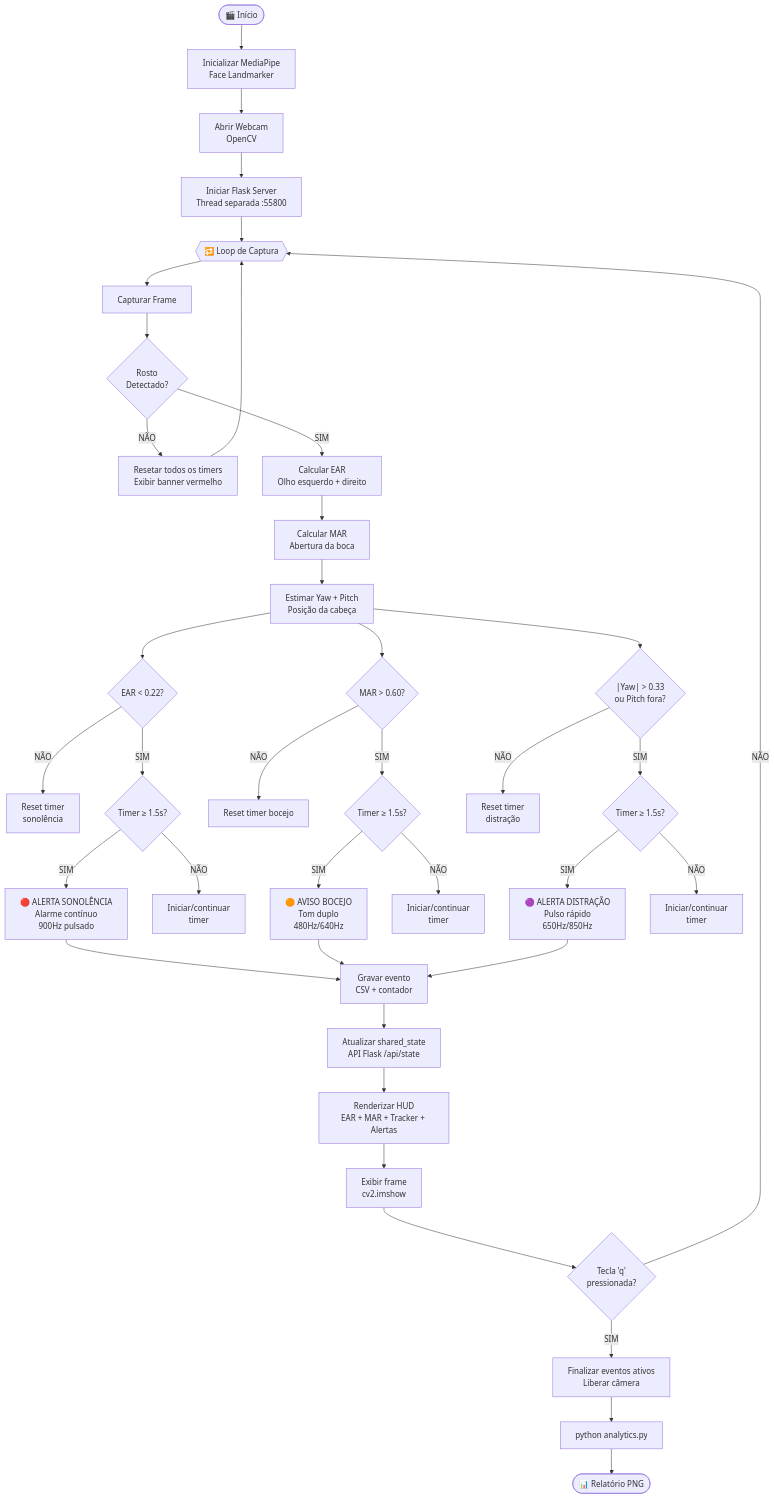
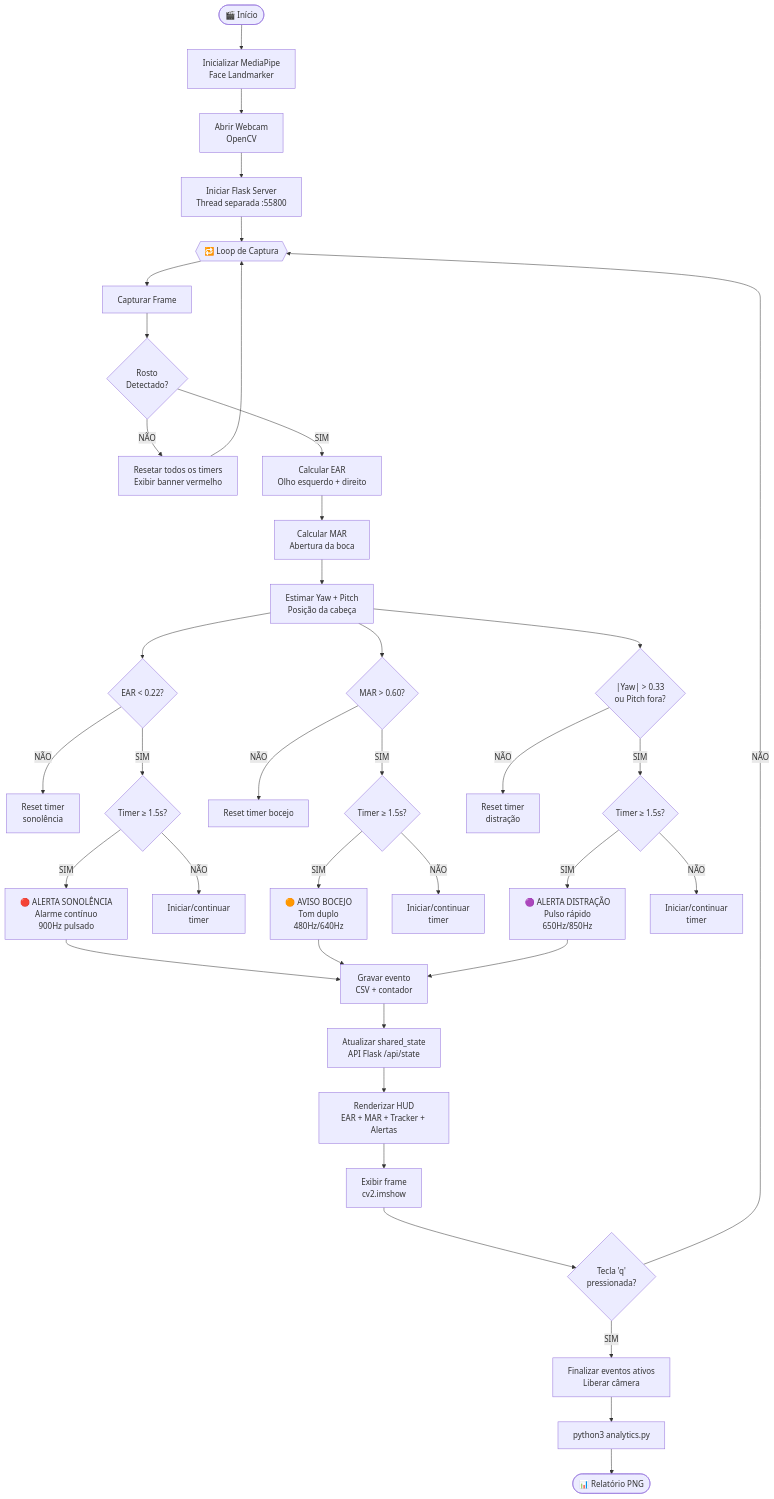
The first of 2 diagrams in README.md (wellson/Sleep_Recognition_System), drawn with Mermaid before and after one commit. The commit also changed other lines of this file, not shown here.

Commit message:
Refactor README.md for clarity and consistency in language, update Python command usage, and enhance video demonstration link

````diff
--- a/README.md
+++ b/README.md
@@ -96,49 +93,49 @@
 ```mermaid
 flowchart TD
     A([🎬 Início]) --> B[Inicializar MediaPipe\nFace Landmarker]
     B --> C[Abrir Webcam\nOpenCV]
     C --> D[Iniciar Flask Server\nThread separada :55800]
     D --> E{{"🔁 Loop de Captura"}}
 
     E --> F[Capturar Frame]
     F --> G{Rosto\nDetectado?}
 
     G -->|NÃO| H[Resetar todos os timers\nExibir banner vermelho]
     H --> E
 
     G -->|SIM| I[Calcular EAR\nOlho esquerdo + direito]
     I --> J[Calcular MAR\nAbertura da boca]
     J --> K[Estimar Yaw + Pitch\nPosição da cabeça]
 
     K --> L{EAR < 0.22?}
     L -->|NÃO| L1[Reset timer\nsonolência]
     L -->|SIM| L2{Timer ≥ 1.5s?}
     L2 -->|SIM| L3[🔴 ALERTA SONOLÊNCIA\nAlarme contínuo\n900Hz pulsado]
     L2 -->|NÃO| L4[Iniciar/continuar\ntimer]
 
     K --> M{MAR > 0.60?}
     M -->|NÃO| M1[Reset timer bocejo]
     M -->|SIM| M2{Timer ≥ 1.5s?}
     M2 -->|SIM| M3[🟠 AVISO BOCEJO\nTom duplo\n480Hz/640Hz]
     M2 -->|NÃO| M4[Iniciar/continuar\ntimer]
 
     K --> N{"|Yaw| > 0.33\nou Pitch fora?"}
     N -->|NÃO| N1[Reset timer\ndistração]
     N -->|SIM| N2{Timer ≥ 1.5s?}
     N2 -->|SIM| N3[🟣 ALERTA DISTRAÇÃO\nPulso rápido\n650Hz/850Hz]
     N2 -->|NÃO| N4[Iniciar/continuar\ntimer]
 
     L3 --> O[Gravar evento\nCSV + contador]
     M3 --> O
     N3 --> O
 
     O --> P[Atualizar shared_state\nAPI Flask /api/state]
     P --> Q[Renderizar HUD\nEAR + MAR + Tracker + Alertas]
     Q --> R[Exibir frame\ncv2.imshow]
 
     R --> S{Tecla 'q'\npressionada?}
     S -->|NÃO| E
     S -->|SIM| T[Finalizar eventos ativos\nLiberar câmera]
-    T --> U[python analytics.py]
+    T --> U[python3 analytics.py]
     U --> V([📊 Relatório PNG])
 ```
````
